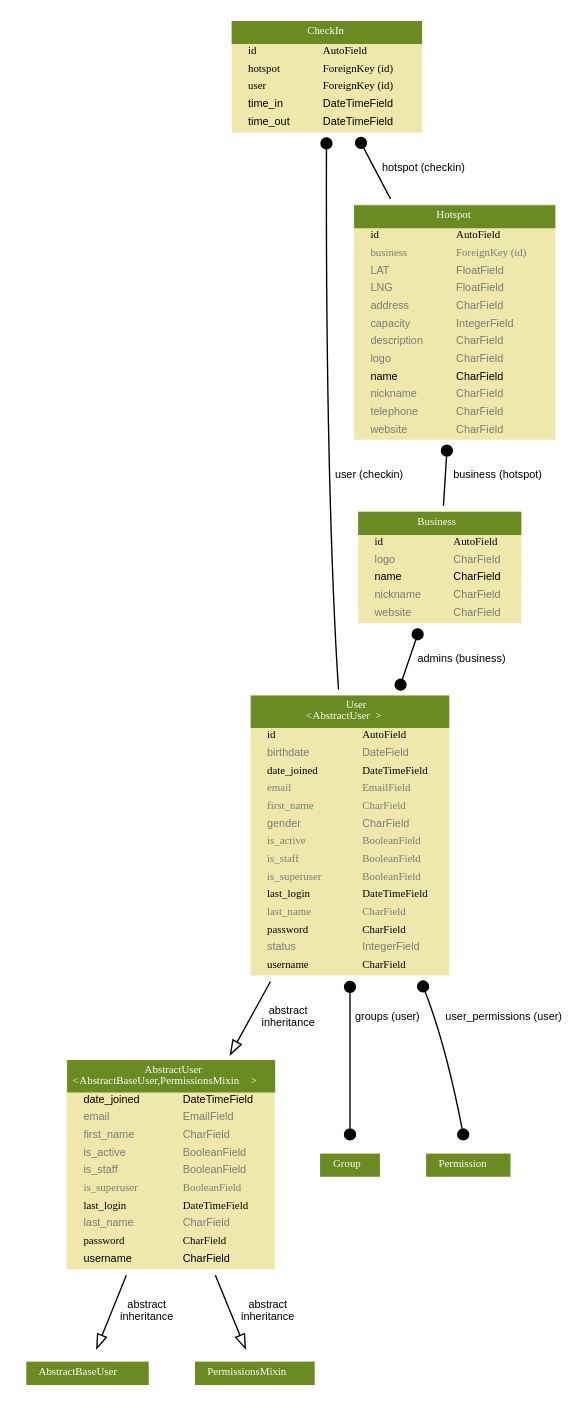
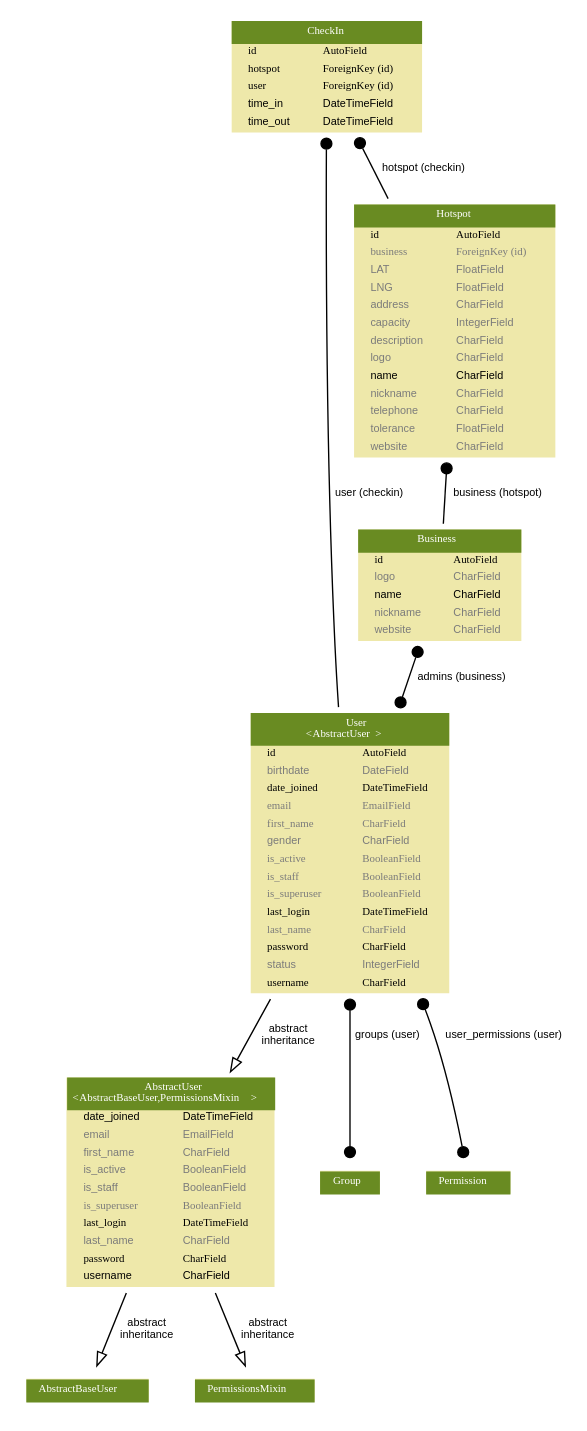
Before and after one commit to TheHotspot/hotspot: the diagram in hotspot/docs/hotspot.api.dot, drawn with Graphviz. The commit also changed 19 other files, not shown here.

```diff
--- a/hotspot/docs/hotspot.api.dot
+++ b/hotspot/docs/hotspot.api.dot
@@ -1,6 +1,6 @@
 digraph model_graph {
   # Dotfile by Django-Extensions graph_models
-  # Created: 2014-02-17 16:09
+  # Created: 2014-02-27 21:56
   # Cli Options: api
 
   fontname = "Helvetica"
@@ -299,6 +299,12 @@
     </TD></TR>
   
     <TR><TD ALIGN="LEFT" BORDER="0">
+    <FONT COLOR="#7B7B7B" FACE="Helvetica ">tolerance</FONT>
+    </TD><TD ALIGN="LEFT">
+    <FONT COLOR="#7B7B7B" FACE="Helvetica ">FloatField</FONT>
+    </TD></TR>
+  
+    <TR><TD ALIGN="LEFT" BORDER="0">
     <FONT COLOR="#7B7B7B" FACE="Helvetica ">website</FONT>
     </TD><TD ALIGN="LEFT">
     <FONT COLOR="#7B7B7B" FACE="Helvetica ">CharField</FONT>
```
